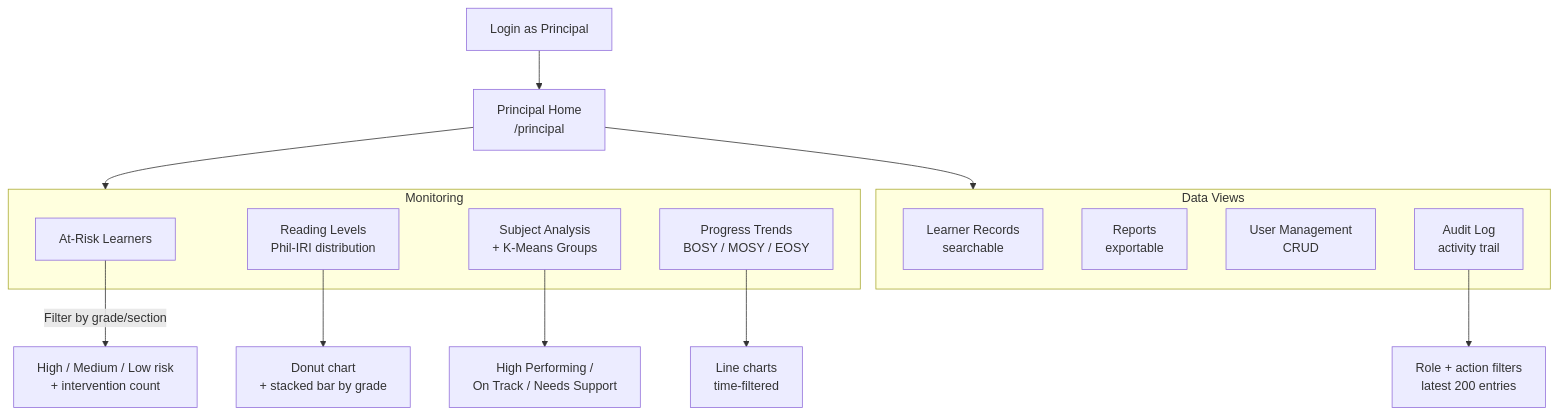
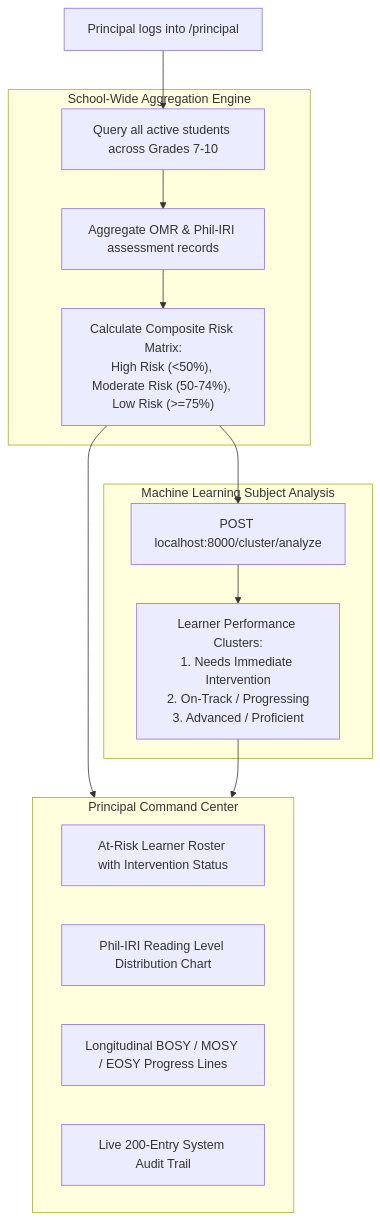
Before and after one commit to MPedrealba/AralSync: the sixth of 7 diagrams in SYSTEM_FLOW.md, drawn with Mermaid. The commit also changed other lines of this file and 24 other files, not shown here.

````diff
--- a/SYSTEM_FLOW.md
+++ b/SYSTEM_FLOW.md
@@ -265,29 +260,30 @@
 ```mermaid
 flowchart TB
-    Login["Login as Principal"]
-    Home["Principal Home\n/principal"]
+    Principal["Principal logs into /principal"]
 
-    subgraph Monitor["Monitoring"]
-        AtRisk["At-Risk Learners"]
-        ReadLvl["Reading Levels\nPhil-IRI distribution"]
-        Subj["Subject Analysis\n+ K-Means Groups"]
-        Trends["Progress Trends\nBOSY / MOSY / EOSY"]
+    subgraph DataAggregator["School-Wide Aggregation Engine"]
+        FetchStudents["Query all active students across Grades 7-10"]
+        FetchScores["Aggregate OMR & Phil-IRI assessment records"]
+        ComputeRisk["Calculate Composite Risk Matrix:\nHigh Risk (<50%), Moderate Risk (50-74%), Low Risk (>=75%)"]
     end
 
-    subgraph Data["Data Views"]
-        Records["Learner Records\nsearchable"]
-        Reports["Reports\nexportable"]
-        Users["User Management\nCRUD"]
-        Audit["Audit Log\nactivity trail"]
+    subgraph Clustering["Machine Learning Subject Analysis"]
+        KMeansAPI["POST localhost:8000/cluster/analyze"]
+        Clusters["Learner Performance Clusters:\n1. Needs Immediate Intervention\n2. On-Track / Progressing\n3. Advanced / Proficient"]
     end
 
-    Login --> Home
-    Home --> Monitor
-    Home --> Data
+    subgraph Dashboards["Principal Command Center"]
+        RiskTable["At-Risk Learner Roster with Intervention Status"]
+        ReadingDonut["Phil-IRI Reading Level Distribution Chart"]
+        TrendsChart["Longitudinal BOSY / MOSY / EOSY Progress Lines"]
+        AuditViewer["Live 200-Entry System Audit Trail"]
+    end
 
-    AtRisk -->|Filter by grade/section| RiskList["High / Medium / Low risk\n+ intervention count"]
-    ReadLvl --> Donut["Donut chart\n+ stacked bar by grade"]
-    Subj --> Clusters["High Performing /\nOn Track / Needs Support"]
-    Trends --> TimeSeries["Line charts\ntime-filtered"]
-    Audit --> LogTable["Role + action filters\nlatest 200 entries"]
+    Principal --> FetchStudents
+    FetchStudents --> FetchScores
+    FetchScores --> ComputeRisk
+    ComputeRisk --> KMeansAPI
+    KMeansAPI --> Clusters
+    ComputeRisk --> Dashboards
+    Clusters --> Dashboards
 ```
````
